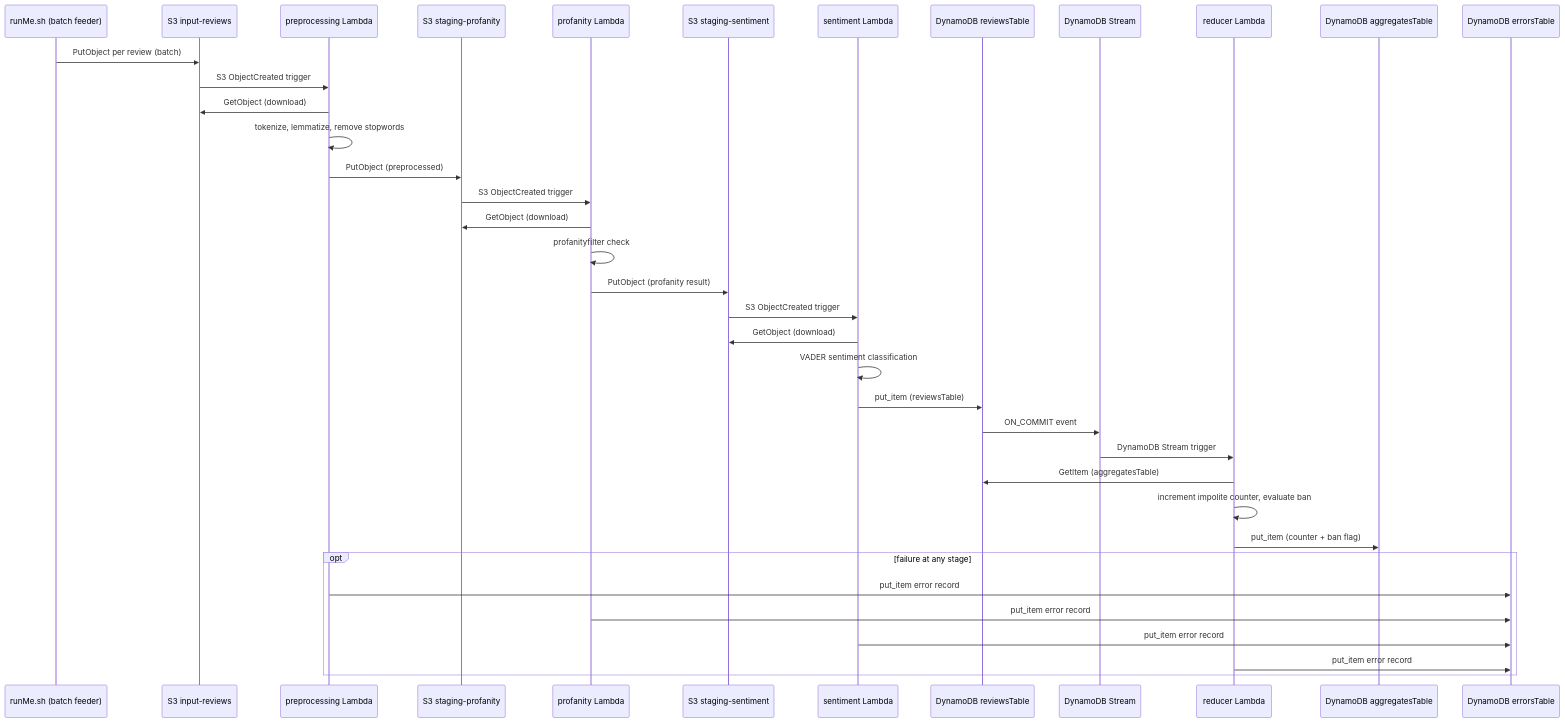
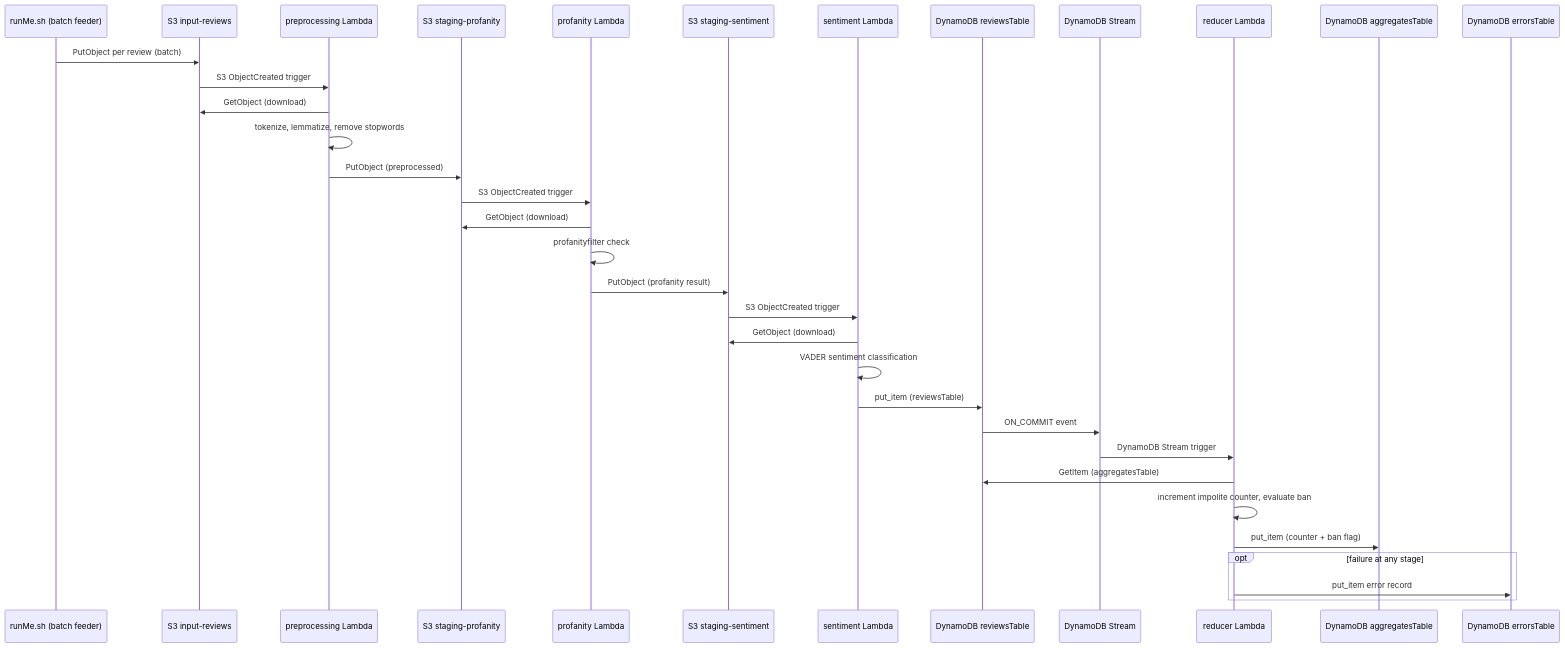
Before and after one commit to eetomilin-ops/Data-intensive-Computing-2026: the diagram in Task3/report/report.md, drawn with Mermaid. The commit also changed other lines of this file, not shown here.

````diff
--- a/Task3/report/report.md
+++ b/Task3/report/report.md
@@ -42,40 +53,37 @@
 ```mermaid
 sequenceDiagram
     participant Run as runMe.sh (batch feeder)
     participant S3in as S3 input-reviews
     participant Pre as preprocessing Lambda
     participant S3pf as S3 staging-profanity
     participant Prof as profanity Lambda
     participant S3sa as S3 staging-sentiment
     participant Sent as sentiment Lambda
     participant DDB as DynamoDB reviewsTable
     participant Stream as DynamoDB Stream
     participant Red as reducer Lambda
     participant Agg as DynamoDB aggregatesTable
     participant Err as DynamoDB errorsTable
 
     Run->>S3in: PutObject per review (batch)
     S3in->>Pre: S3 ObjectCreated trigger
     Pre->>S3in: GetObject (download)
     Pre->>Pre: tokenize, lemmatize, remove stopwords
     Pre->>S3pf: PutObject (preprocessed)
     S3pf->>Prof: S3 ObjectCreated trigger
     Prof->>S3pf: GetObject (download)
     Prof->>Prof: profanityfilter check
     Prof->>S3sa: PutObject (profanity result)
     S3sa->>Sent: S3 ObjectCreated trigger
     Sent->>S3sa: GetObject (download)
     Sent->>Sent: VADER sentiment classification
     Sent->>DDB: put_item (reviewsTable)
     DDB->>Stream: ON_COMMIT event
     Stream->>Red: DynamoDB Stream trigger
     Red->>DDB: GetItem (aggregatesTable)
     Red->>Red: increment impolite counter, evaluate ban
     Red->>Agg: put_item (counter + ban flag)
     opt failure at any stage
-        Pre->>Err: put_item error record
-        Prof->>Err: put_item error record
-        Sent->>Err: put_item error record
         Red->>Err: put_item error record
     end
 ```
````
